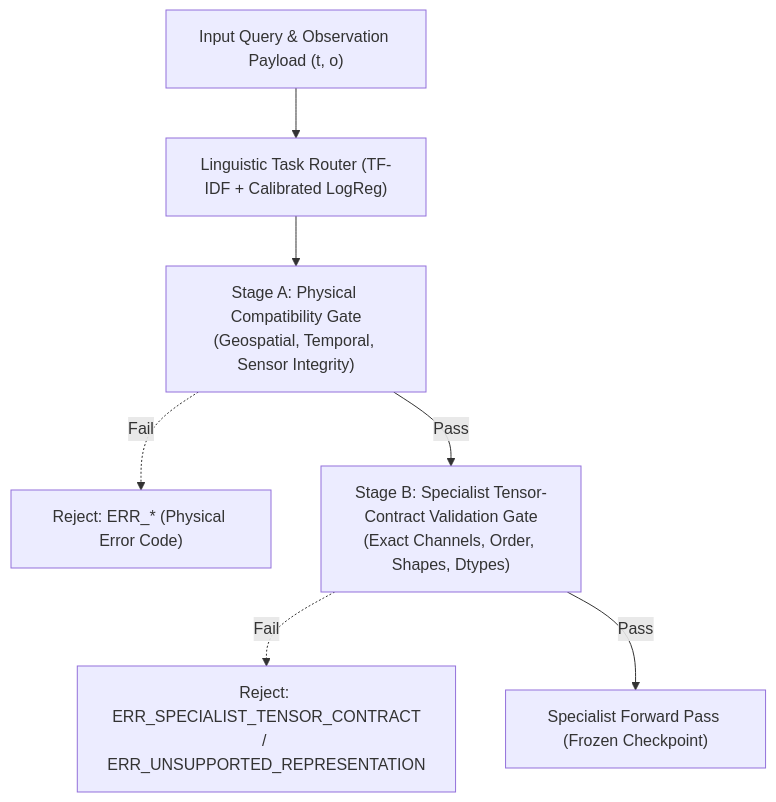
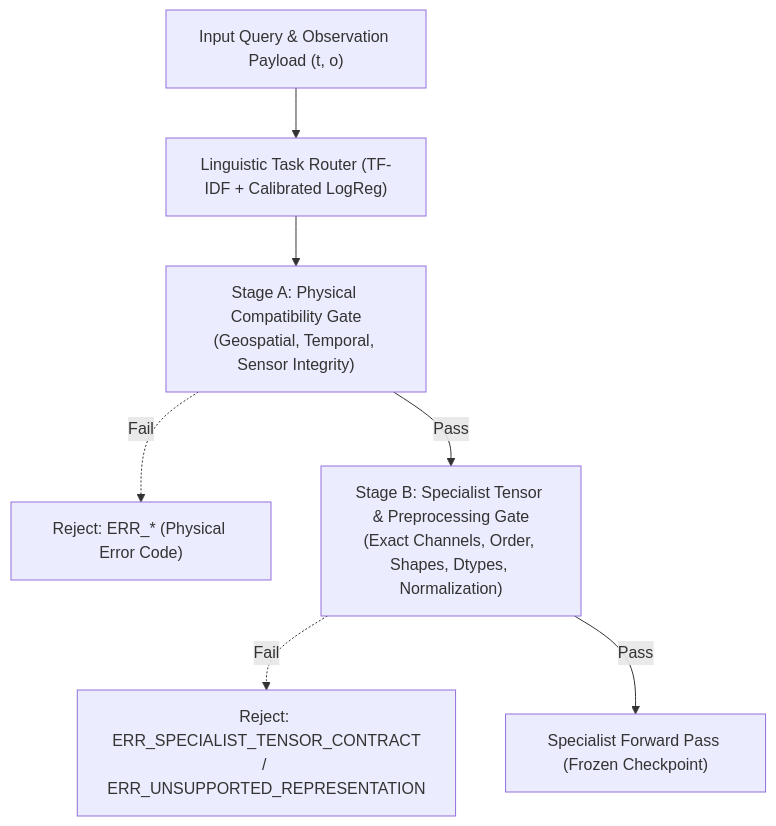
The second of 2 diagrams in PHASE4_PREREGISTRATION_PROTOCOL.md (navaneeth2205/SatQueryAI), drawn with Mermaid before and after one commit. The commit also changed other lines of this file and 1 other file, not shown here.

Commit message:
docs(protocol): upgrade to Draft v1.10 with nested cloud masks, CRN noise, Stage B preprocessing contract, and 3-cluster scope qualification

````diff
--- a/PHASE4_PREREGISTRATION_PROTOCOL.md
+++ b/PHASE4_PREREGISTRATION_PROTOCOL.md
@@ -126,9 +129,9 @@
 ```mermaid
 flowchart TD
     Input["Input Query & Observation Payload (t, o)"] --> Router["Linguistic Task Router (TF-IDF + Calibrated LogReg)"]
     Router --> GateA["Stage A: Physical Compatibility Gate\n(Geospatial, Temporal, Sensor Integrity)"]
     GateA -.->|Fail| RejA["Reject: ERR_* (Physical Error Code)"]
-    GateA -->|Pass| GateB["Stage B: Specialist Tensor-Contract Validation Gate\n(Exact Channels, Order, Shapes, Dtypes)"]
+    GateA -->|Pass| GateB["Stage B: Specialist Tensor & Preprocessing Gate\n(Exact Channels, Order, Shapes, Dtypes, Normalization)"]
     GateB -.->|Fail| RejB["Reject: ERR_SPECIALIST_TENSOR_CONTRACT\n/ ERR_UNSUPPORTED_REPRESENTATION"]
     GateB -->|Pass| Specialist["Specialist Forward Pass (Frozen Checkpoint)"]
 ```
````
